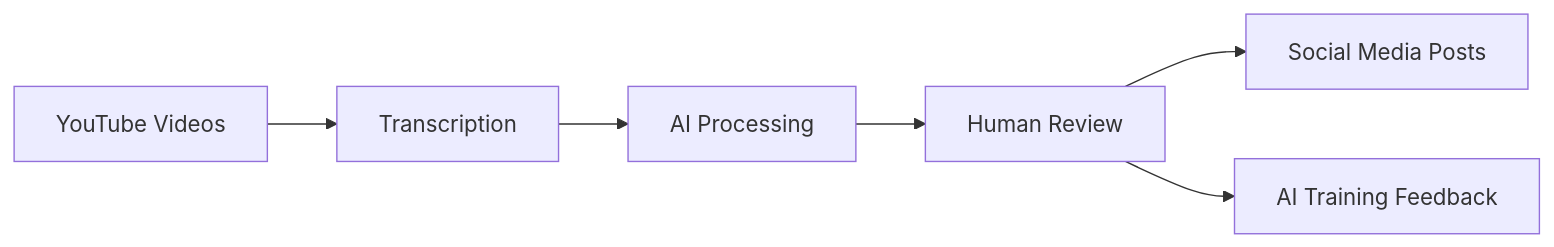
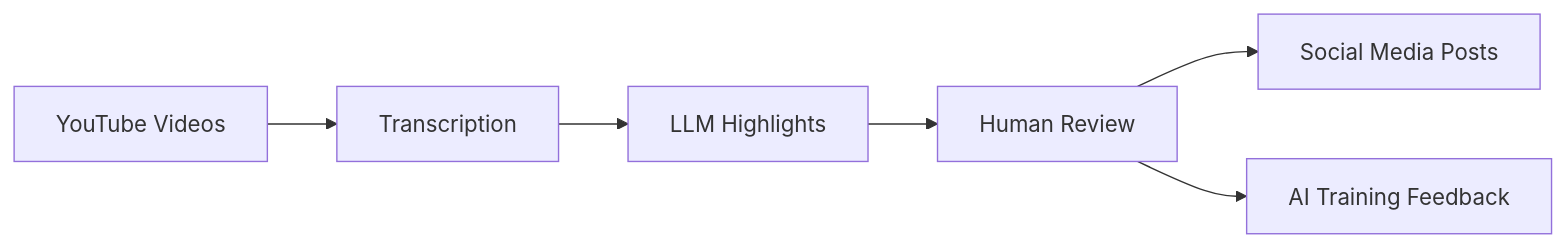
Before and after one commit to llj0824/autonomous-gpt-marketing-agent: the diagram in human_feedback_webapp/human_feedback_readme.md, drawn with Mermaid. The commit also changed 7 other files, not shown here.

Commit message:
Approve/Reject Cards flow is working.

````diff
--- a/human_feedback_webapp/human_feedback_readme.md
+++ b/human_feedback_webapp/human_feedback_readme.md
@@ -20,8 +20,8 @@
 ```mermaid
 graph LR
     A[YouTube Videos] --> B[Transcription]
-    B --> C[AI Processing]
+    B --> C[LLM Highlights]
     C --> D[Human Review]
     D --> E[Social Media Posts]
     D --> F[AI Training Feedback]
 ```
````
